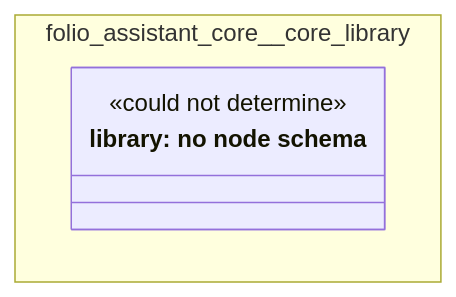
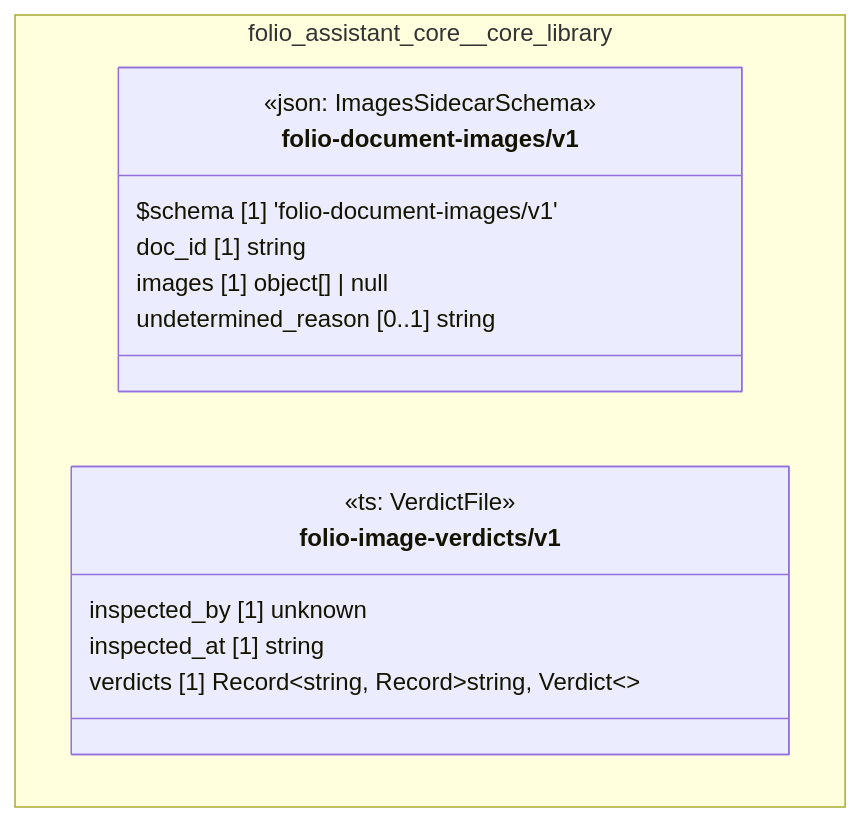
One commit to litlfred/folio-assistant changed the diagram in cat-harness/uml/overview/folio-assistant-core/core-library.mmd. Above: the diagram before and after it, drawn with Mermaid. The commit also changed 181 other files, not shown here.

```diff
--- a/cat-harness/uml/overview/folio-assistant-core/core-library.mmd
+++ b/cat-harness/uml/overview/folio-assistant-core/core-library.mmd
@@ -1,9 +1,19 @@
 classDiagram
   direction TB
   namespace folio_assistant_core__core_library {
-    class n_folio_assistant_core_core_library_library["library: no node schema"] {
-      <<could not determine>>
+    class folio_assistant_core_core_library_folio_document_images_v1_folio_document_images_v1["folio-document-images/v1"] {
+      <<json: ImagesSidecarSchema>>
+      $schema [1] 'folio-document-images/v1'
+      doc_id [1] string
+      images [1] object[] | null
+      undetermined_reason [0..1] string
+    }
+    class folio_assistant_core_core_library_folio_image_verdicts_v1["folio-image-verdicts/v1"] {
+      <<ts: VerdictFile>>
+      inspected_by [1] unknown
+      inspected_at [1] string
+      verdicts [1] Record~string, Record~string, Verdict~~
     }
   }
-  cssClass "n_folio_assistant_core_core_library_library" fa_uml_kind_library
-  cssClass "n_folio_assistant_core_core_library_library" fa_uml_undetermined
+  cssClass "folio_assistant_core_core_library_folio_document_images_v1_folio_document_images_v1" fa_uml_kind_library
+  cssClass "folio_assistant_core_core_library_folio_image_verdicts_v1" fa_uml_kind_library
```
